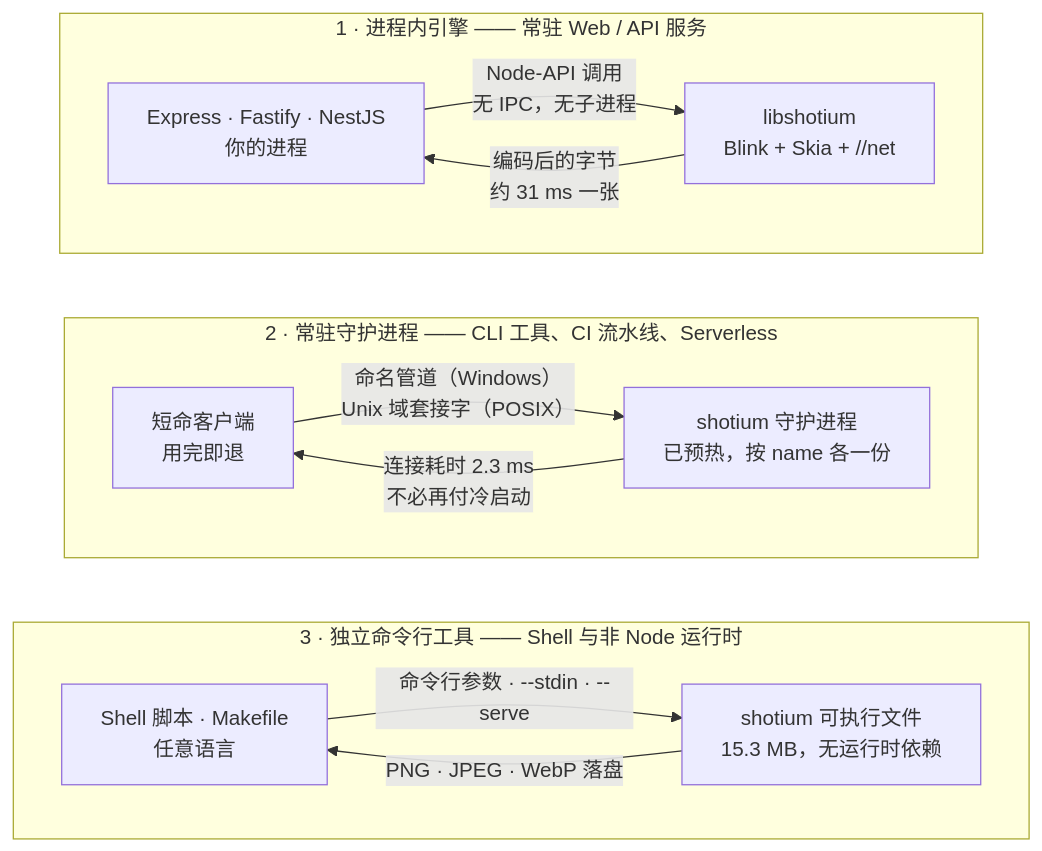
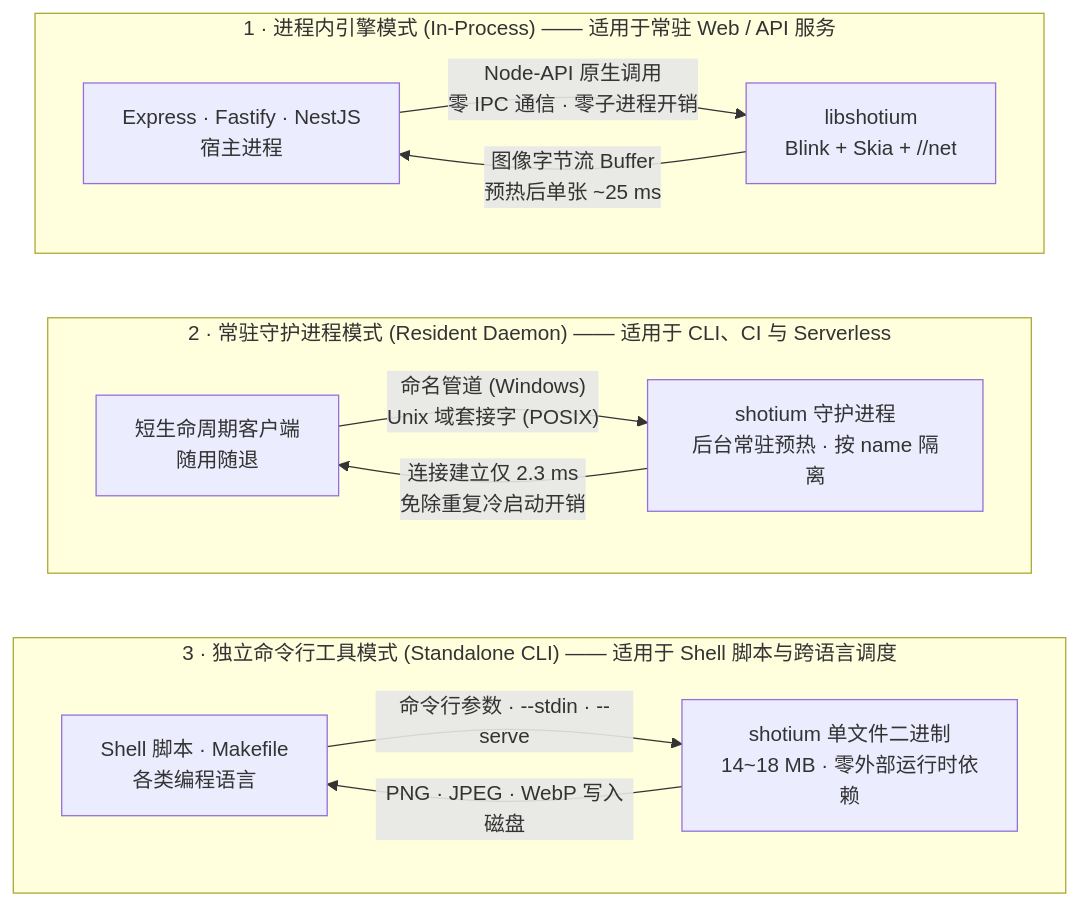
One commit to sj817/shotium changed the first of 2 diagrams in README.zh.md. Above: the diagram before and after it, drawn with Mermaid. The commit also changed other lines of this file and 3 other files, not shown here.

````diff
--- a/README.zh.md
+++ b/README.zh.md
@@ -164,28 +196,28 @@
 ```mermaid
 flowchart TB
-    subgraph inproc["1 · 进程内引擎 —— 常驻 Web / API 服务"]
+    subgraph inproc["1 · 进程内引擎模式 (In-Process) —— 适用于常驻 Web / API 服务"]
         direction LR
-        APP["Express · Fastify · NestJS<br/>你的进程"]
+        APP["Express · Fastify · NestJS<br/>宿主进程"]
         LIB["libshotium<br/>Blink + Skia + //net"]
-        APP -- "Node-API 调用<br/>无 IPC，无子进程" --> LIB
-        LIB -- "编码后的字节<br/>约 31 ms 一张" --> APP
+        APP -- "Node-API 原生调用<br/>零 IPC 通信 · 零子进程开销" --> LIB
+        LIB -- "图像字节流 Buffer<br/>预热后单张 ~25 ms" --> APP
     end
 
-    subgraph resident["2 · 常驻守护进程 —— CLI 工具、CI 流水线、Serverless"]
+    subgraph resident["2 · 常驻守护进程模式 (Resident Daemon) —— 适用于 CLI、CI 与 Serverless"]
         direction LR
-        TASK["短命客户端<br/>用完即退"]
-        DAEMON["shotium 守护进程<br/>已预热，按 name 各一份"]
-        TASK -- "命名管道（Windows）<br/>Unix 域套接字（POSIX）" --> DAEMON
-        DAEMON -- "连接耗时 2.3 ms<br/>不必再付冷启动" --> TASK
+        TASK["短生命周期客户端<br/>随用随退"]
+        DAEMON["shotium 守护进程<br/>后台常驻预热 · 按 name 隔离"]
+        TASK -- "命名管道 (Windows)<br/>Unix 域套接字 (POSIX)" --> DAEMON
+        DAEMON -- "连接建立仅 2.3 ms<br/>免除重复冷启动开销" --> TASK
     end
 
-    subgraph standalone["3 · 独立命令行工具 —— Shell 与非 Node 运行时"]
+    subgraph standalone["3 · 独立命令行工具模式 (Standalone CLI) —— 适用于 Shell 脚本与跨语言调度"]
         direction LR
-        SHELL["Shell 脚本 · Makefile<br/>任意语言"]
-        BIN["shotium 可执行文件<br/>15.3 MB，无运行时依赖"]
+        SHELL["Shell 脚本 · Makefile<br/>各类编程语言"]
+        BIN["shotium 单文件二进制<br/>14~18 MB · 零外部运行时依赖"]
         SHELL -- "命令行参数 · --stdin · --serve" --> BIN
-        BIN -- "PNG · JPEG · WebP 落盘" --> SHELL
+        BIN -- "PNG · JPEG · WebP 写入磁盘" --> SHELL
     end
 
     inproc ~~~ resident ~~~ standalone
 ```
````
